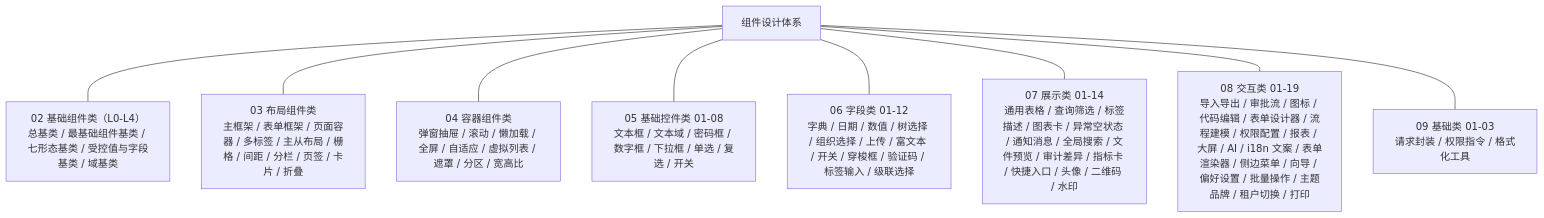
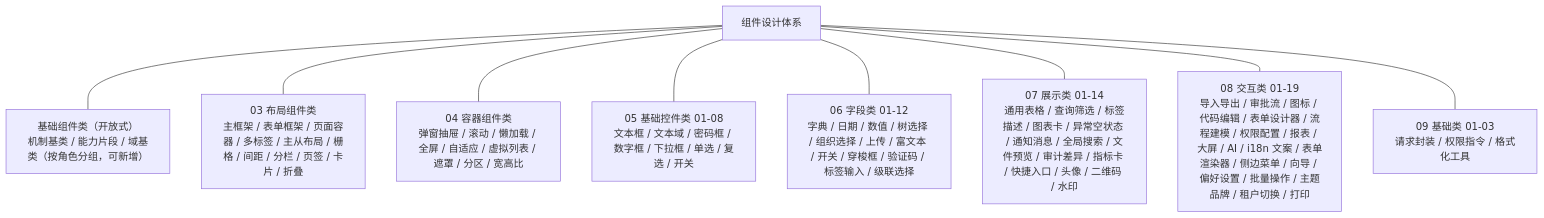
One commit to minjian123/basic-management-system changed the diagram in bms文档/设计/组件设计/01_组件设计_总览.md. Above: the diagram before and after it, drawn with Mermaid. The commit also changed other lines of this file and 181 other files, not shown here.

Commit message:
docs(组件库): 前端基类体系改开放式（根系/组件根/能力片段/域基类）+ 组件设计节点重排与全量同步

````diff
--- a/bms文档/设计/组件设计/01_组件设计_总览.md
+++ b/bms文档/设计/组件设计/01_组件设计_总览.md
@@ -167,20 +165,20 @@
 ```mermaid
 graph TD
     ROOT["组件设计体系"]
-    BASE["02 基础组件类（L0-L4）<br/>总基类 / 最基础组件基类 / 七形态基类 / 受控值与字段基类 / 域基类"]
+    BASE["基础组件类（开放式）<br/>机制基类 / 能力片段 / 域基类（按角色分组，可新增）"]
     LAY["03 布局组件类<br/>主框架 / 表单框架 / 页面容器 / 多标签 / 主从布局 / 栅格 / 间距 / 分栏 / 页签 / 卡片 / 折叠"]
     BOX["04 容器组件类<br/>弹窗抽屉 / 滚动 / 懒加载 / 全屏 / 自适应 / 虚拟列表 / 遮罩 / 分区 / 宽高比"]
     CTRL["05 基础控件类 01-08<br/>文本框 / 文本域 / 密码框 / 数字框 / 下拉框 / 单选 / 复选 / 开关"]
     F["06 字段类 01-12<br/>字典 / 日期 / 数值 / 树选择 / 组织选择 / 上传 / 富文本 / 开关 / 穿梭框 / 验证码 / 标签输入 / 级联选择"]
     D["07 展示类 01-14<br/>通用表格 / 查询筛选 / 标签描述 / 图表卡 / 异常空状态 / 通知消息 / 全局搜索 / 文件预览 / 审计差异 / 指标卡 / 快捷入口 / 头像 / 二维码 / 水印"]
     I["08 交互类 01-19<br/>导入导出 / 审批流 / 图标 / 代码编辑 / 表单设计器 / 流程建模 / 权限配置 / 报表 / 大屏 / AI / i18n 文案 / 表单渲染器 / 侧边菜单 / 向导 / 偏好设置 / 批量操作 / 主题品牌 / 租户切换 / 打印"]
     B["09 基础类 01-03<br/>请求封装 / 权限指令 / 格式化工具"]
     ROOT --- BASE
     ROOT --- LAY
     ROOT --- BOX
     ROOT --- CTRL
     ROOT --- F
     ROOT --- D
     ROOT --- I
     ROOT --- B
 ```
````
